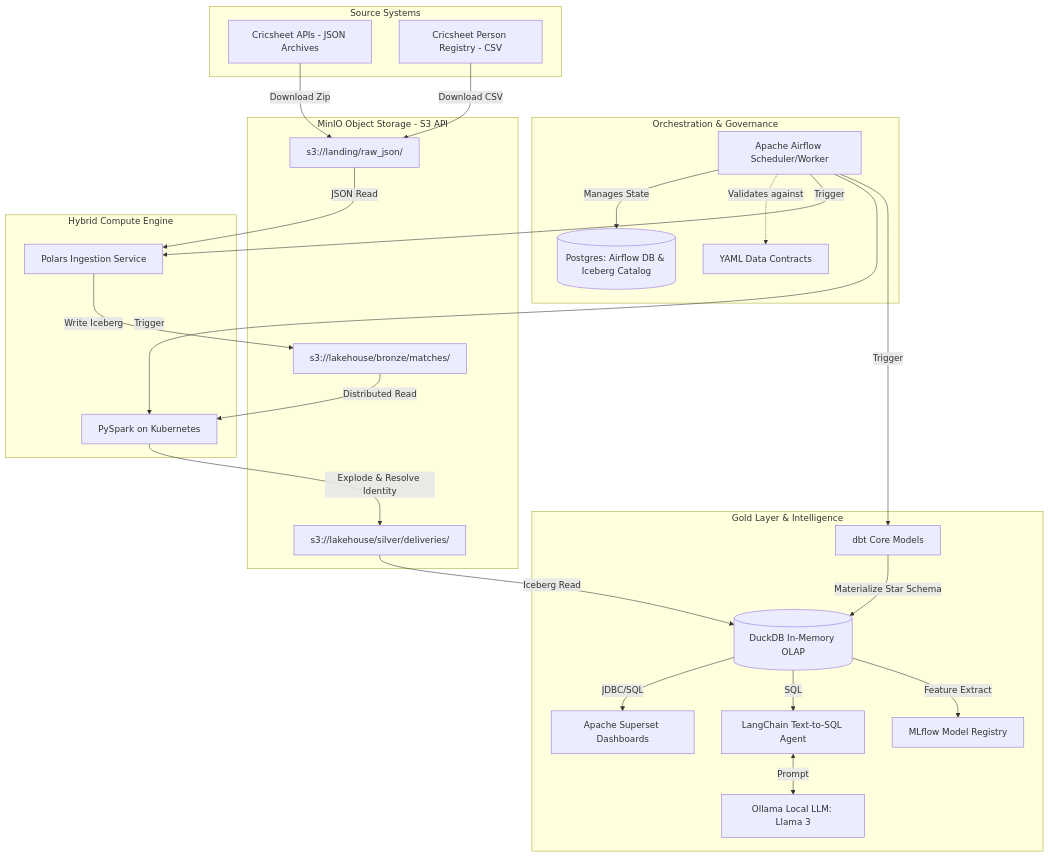
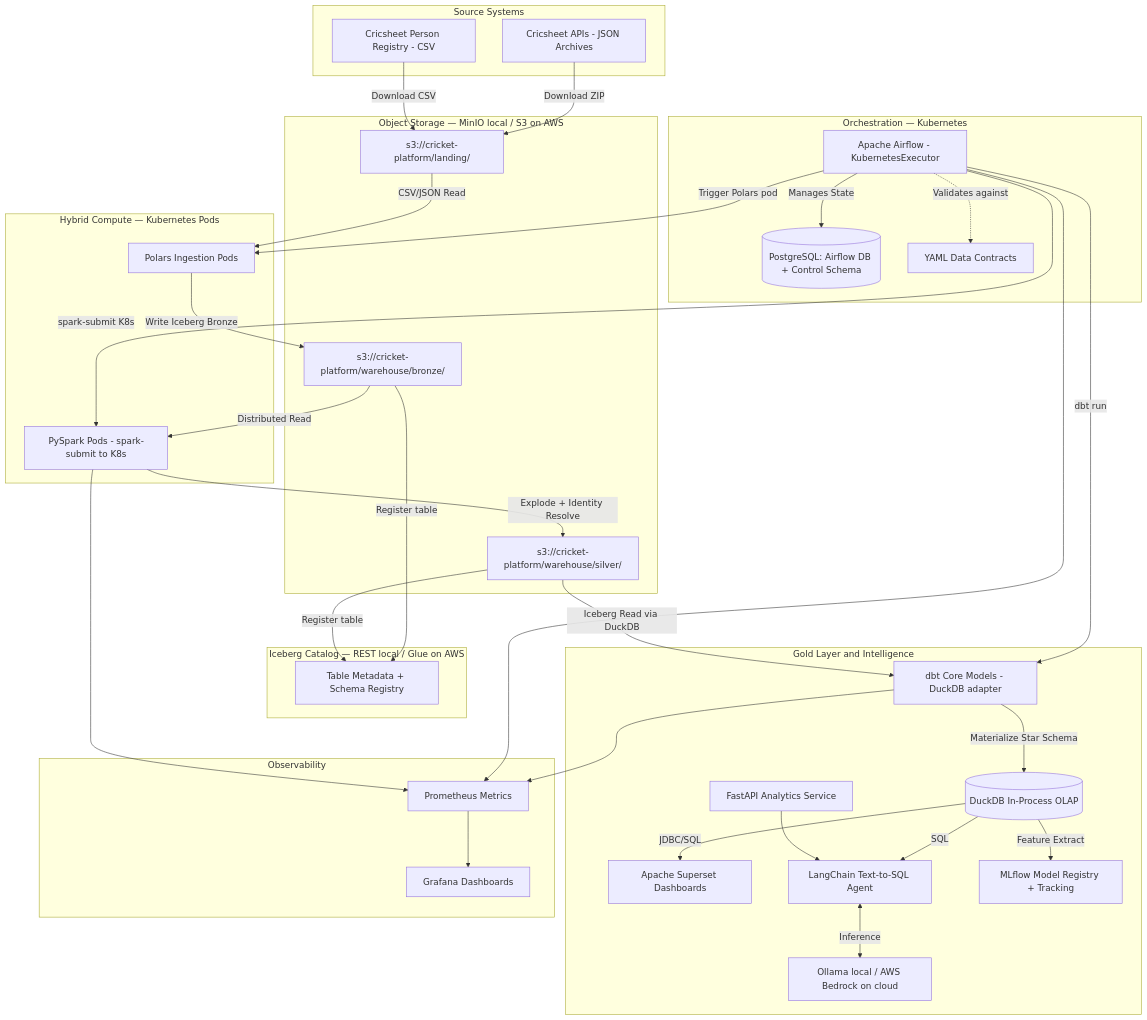
Before and after one commit to mindwanders1993/cricket_intelligence_platform: the first of 2 diagrams in README.md, drawn with Mermaid. The commit also changed other lines of this file and 3 other files, not shown here.

Commit message:
Added architecture diagrams

````diff
--- a/README.md
+++ b/README.md
@@ -126,61 +160,80 @@
 ```mermaid
 graph TD
     %% External Data Sources
     subgraph External[Source Systems]
         Cricsheet[Cricsheet APIs - JSON Archives]
         Registry[Cricsheet Person Registry - CSV]
     end
 
     %% Orchestration & Control Plane
-    subgraph ControlPlane[Orchestration & Governance]
-        Airflow[Apache Airflow Scheduler/Worker]
-        PG[(Postgres: Airflow DB & Iceberg Catalog)]
+    subgraph ControlPlane[Orchestration — Kubernetes]
+        Airflow[Apache Airflow - KubernetesExecutor]
+        PG[(PostgreSQL: Airflow DB + Control Schema)]
         Contracts[YAML Data Contracts]
         Airflow --> |Manages State| PG
         Airflow -.-> |Validates against| Contracts
     end
 
-    %% Storage Layer (Data Lake)
-    subgraph Storage[MinIO Object Storage - S3 API]
-        Landing[s3://landing/raw_json/]
-        Bronze[s3://lakehouse/bronze/matches/]
-        Silver[s3://lakehouse/silver/deliveries/]
+    %% Storage Layer
+    subgraph Storage[Object Storage — MinIO local / S3 on AWS]
+        Landing[s3://cricket-platform/landing/]
+        Bronze[s3://cricket-platform/warehouse/bronze/]
+        Silver[s3://cricket-platform/warehouse/silver/]
+    end
+
+    %% Iceberg Catalog
+    subgraph Catalog[Iceberg Catalog — REST local / Glue on AWS]
+        IcebergCat[Table Metadata + Schema Registry]
     end
 
     %% Compute Layer
-    subgraph Compute[Hybrid Compute Engine]
-        Polars[Polars Ingestion Service]
-        Spark[PySpark on Kubernetes]
+    subgraph Compute[Hybrid Compute — Kubernetes Pods]
+        Polars[Polars Ingestion Pods]
+        Spark[PySpark Pods - spark-submit to K8s]
     end
 
     %% Analytical & Serving Layer
-    subgraph Serving[Gold Layer & Intelligence]
-        DBT[dbt Core Models]
-        DuckDB[(DuckDB In-Memory OLAP)]
+    subgraph Serving[Gold Layer and Intelligence]
+        DBT[dbt Core Models - DuckDB adapter]
+        DuckDB[(DuckDB In-Process OLAP)]
         Superset[Apache Superset Dashboards]
         Langchain[LangChain Text-to-SQL Agent]
-        Ollama[Ollama Local LLM: Llama 3]
-        MLflow[MLflow Model Registry]
+        LLM[Ollama local / AWS Bedrock on cloud]
+        MLflow[MLflow Model Registry + Tracking]
+        FastAPI[FastAPI Analytics Service]
     end
 
-    %% Data Flow Edges
-    Cricsheet --> |Download Zip| Landing
+    %% Observability
+    subgraph Observability[Observability]
+        Prometheus[Prometheus Metrics]
+        Grafana[Grafana Dashboards]
+    end
+
+    Cricsheet --> |Download ZIP| Landing
     Registry --> |Download CSV| Landing
 
-    Airflow --> |Trigger| Polars
-    Landing --> |JSON Read| Polars
-    Polars --> |Write Iceberg| Bronze
+    Airflow --> |Trigger Polars pod| Polars
+    Landing --> |CSV/JSON Read| Polars
+    Polars --> |Write Iceberg Bronze| Bronze
+    Bronze --> |Register table| IcebergCat
 
-    Airflow --> |Trigger| Spark
+    Airflow --> |spark-submit K8s| Spark
     Bronze --> |Distributed Read| Spark
-    Spark --> |Explode & Resolve Identity| Silver
+    Spark --> |Explode + Identity Resolve| Silver
+    Silver --> |Register table| IcebergCat
 
-    Airflow --> |Trigger| DBT
-    Silver --> |Iceberg Read| DuckDB
+    Airflow --> |dbt run| DBT
+    Silver --> |Iceberg Read via DuckDB| DBT
     DBT --> |Materialize Star Schema| DuckDB
 
     DuckDB --> |JDBC/SQL| Superset
     DuckDB --> |SQL| Langchain
-    Langchain <--> |Prompt| Ollama
+    Langchain <--> |Inference| LLM
+    FastAPI --> Langchain
     DuckDB --> |Feature Extract| MLflow
+
+    Airflow --> Prometheus
+    Spark --> Prometheus
+    DBT --> Prometheus
+    Prometheus --> Grafana
 ```
````
